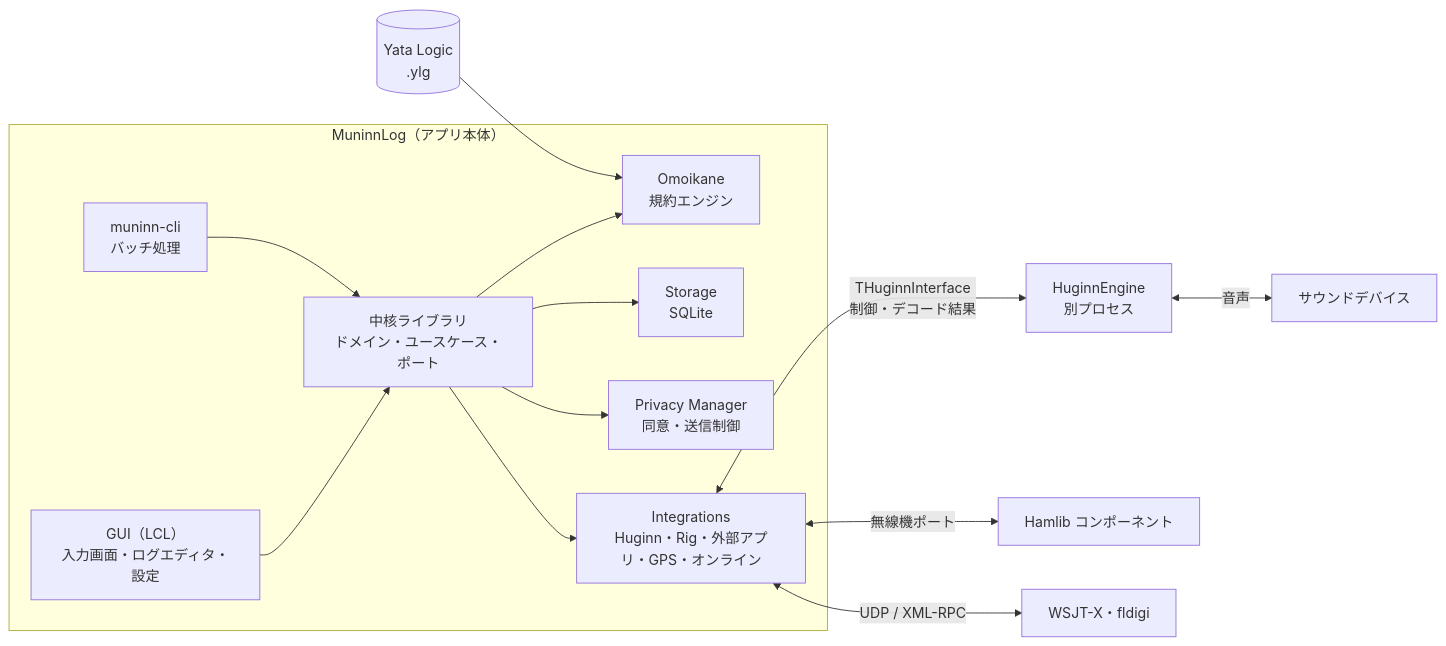
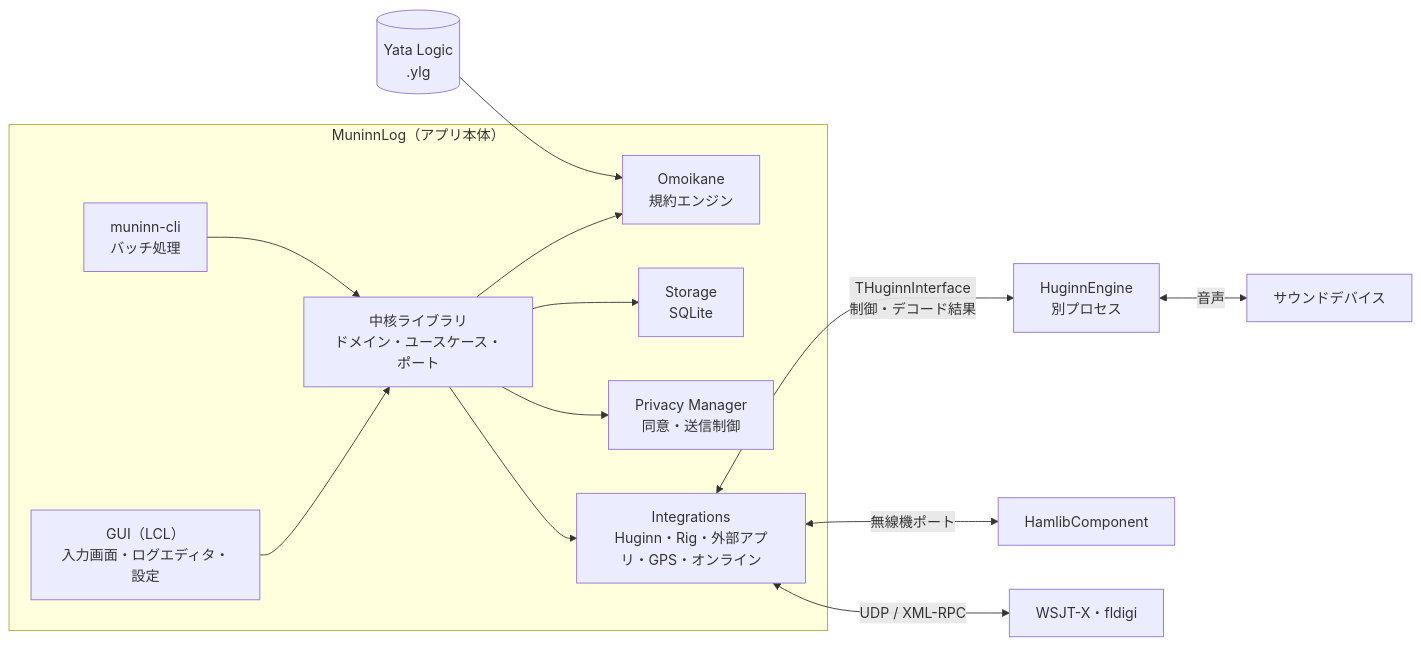
Before and after one commit to ji1uui/LazLogger: the diagram in MuninnLog/docs/04_ARCHITECTURE.md, drawn with Mermaid. The commit also changed other lines of this file and 6 other files, not shown here.

First line of the commit message:
Document HamlibComponent integration for MuninnLog

````diff
--- a/MuninnLog/docs/04_ARCHITECTURE.md
+++ b/MuninnLog/docs/04_ARCHITECTURE.md
@@ -7,23 +7,23 @@
 ```mermaid
 flowchart LR
     subgraph App["MuninnLog（アプリ本体）"]
         GUI["GUI（LCL）<br/>入力画面・ログエディタ・設定"]
         CLI["muninn-cli<br/>バッチ処理"]
         Core["中核ライブラリ<br/>ドメイン・ユースケース・ポート"]
         Omo["Omoikane<br/>規約エンジン"]
         Store["Storage<br/>SQLite"]
         Priv["Privacy Manager<br/>同意・送信制御"]
         Int["Integrations<br/>Huginn・Rig・外部アプリ・GPS・オンライン"]
         GUI --> Core
         CLI --> Core
         Core --> Omo
         Core --> Store
         Core --> Priv
         Core --> Int
     end
     Ylg[("Yata Logic<br/>.ylg")] --> Omo
     Int <-->|"THuginnInterface<br/>制御・デコード結果"| Huginn["HuginnEngine<br/>別プロセス"]
-    Int <-->|"無線機ポート"| Rig["Hamlib コンポーネント"]
+    Int <-->|"無線機ポート"| Rig["HamlibComponent"]
     Huginn <-->|"音声"| Audio["サウンドデバイス"]
     Int <-->|"UDP / XML-RPC"| Ext["WSJT-X・fldigi"]
 ```
````
